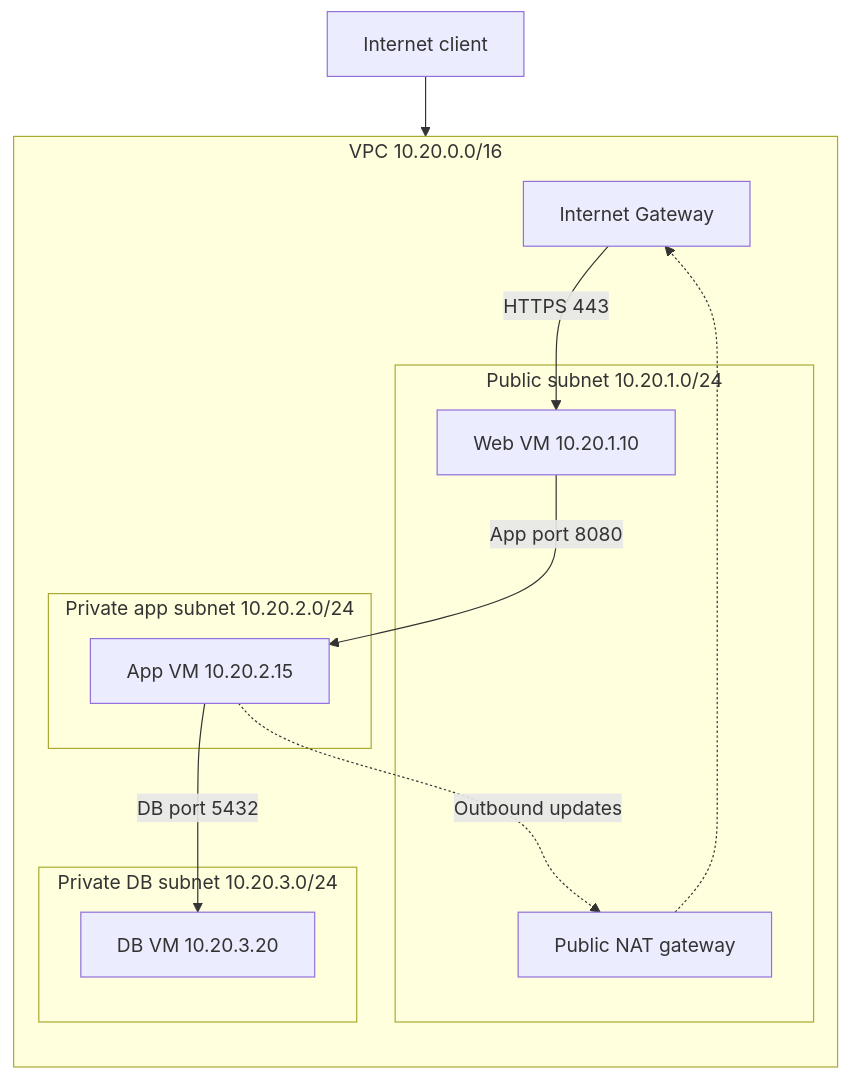
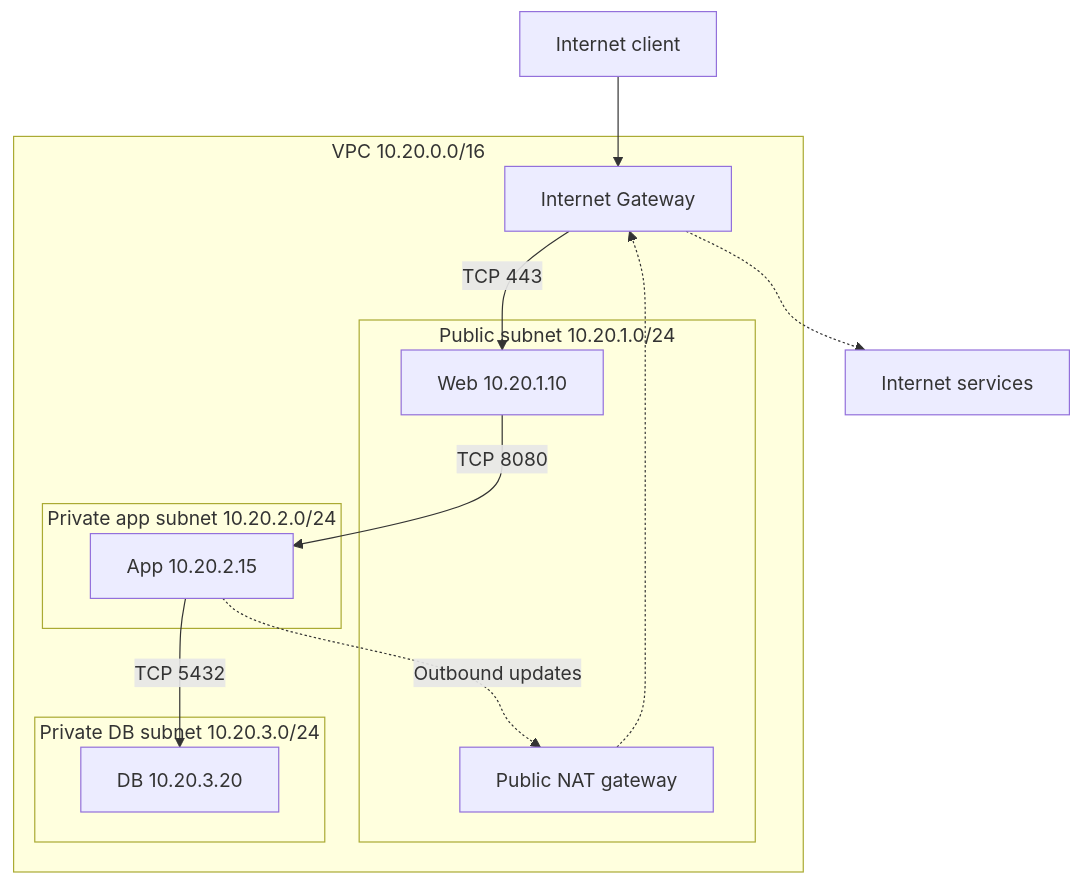
The sixth of 8 diagrams in src/content/blog/2026-07-30-networking-useful-stuff.md (tiendu/tiendu.github.io), drawn with Mermaid before and after one commit. The commit also changed other lines of this file, not shown here.

````diff
--- a/src/content/blog/2026-07-30-networking-useful-stuff.md
+++ b/src/content/blog/2026-07-30-networking-useful-stuff.md
@@ -248,26 +461,27 @@
 ```mermaid
 flowchart TB
-    accTitle: Three-tier VPC with public and private subnets
-    accDescr: Internet traffic reaches the public web VM, which reaches a private app VM, which reaches the private database. The app VM can use a NAT gateway for outbound access.
+    accTitle: Three-tier AWS VPC example
+    accDescr: Internet clients connect to a public web VM through an Internet Gateway. The web VM talks to a private app VM, which reaches a private database. The app can initiate internet access through a public NAT gateway.
     Client["Internet client"]
+    Internet["Internet services"]
     subgraph VPC["VPC 10.20.0.0/16"]
-      direction TB
-      IGW["Internet Gateway"]
-      subgraph Public["Public subnet 10.20.1.0/24"]
-        Web["Web VM 10.20.1.10"]
-        NAT["Public NAT gateway"]
-      end
-      subgraph AppSubnet["Private app subnet 10.20.2.0/24"]
-        App["App VM 10.20.2.15"]
-      end
-      subgraph Data["Private DB subnet 10.20.3.0/24"]
-        DB["DB VM 10.20.3.20"]
-      end
+        IGW["Internet Gateway"]
+        subgraph Public["Public subnet 10.20.1.0/24"]
+            Web["Web 10.20.1.10"]
+            NAT["Public NAT gateway"]
+        end
+        subgraph AppNet["Private app subnet 10.20.2.0/24"]
+            App["App 10.20.2.15"]
+        end
+        subgraph DataNet["Private DB subnet 10.20.3.0/24"]
+            DB["DB 10.20.3.20"]
+        end
     end
     Client --> IGW
-    IGW -->|"HTTPS 443"| Web
-    Web -->|"App port 8080"| App
-    App -->|"DB port 5432"| DB
-    App -.->|"Outbound updates"| NAT
+    IGW -->|TCP 443| Web
+    Web -->|TCP 8080| App
+    App -->|TCP 5432| DB
+    App -.->|Outbound updates| NAT
     NAT -.-> IGW
+    IGW -.-> Internet
 ```
````
